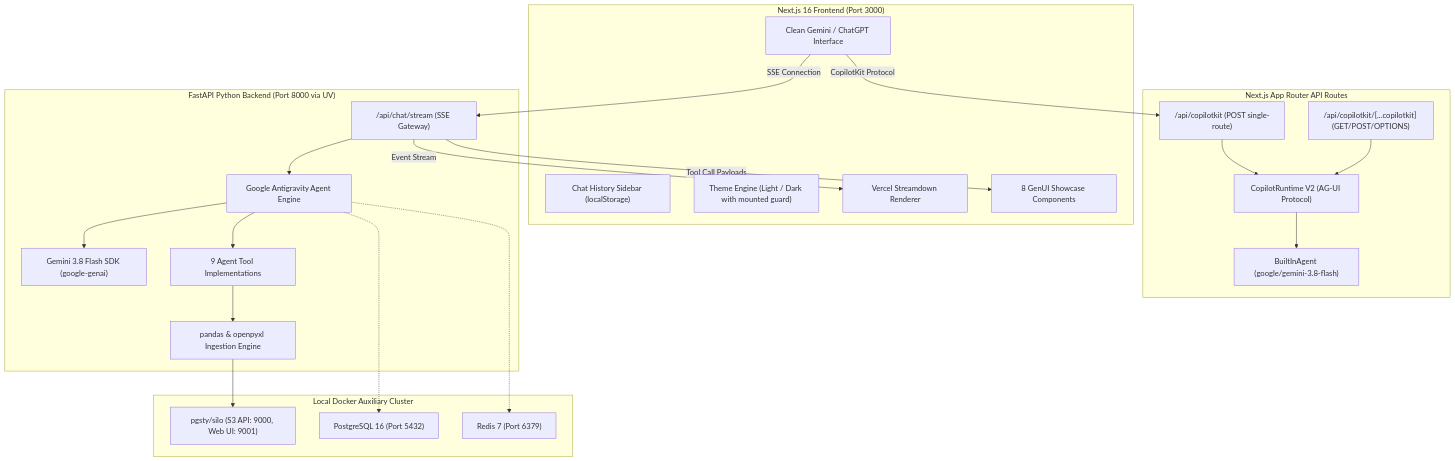
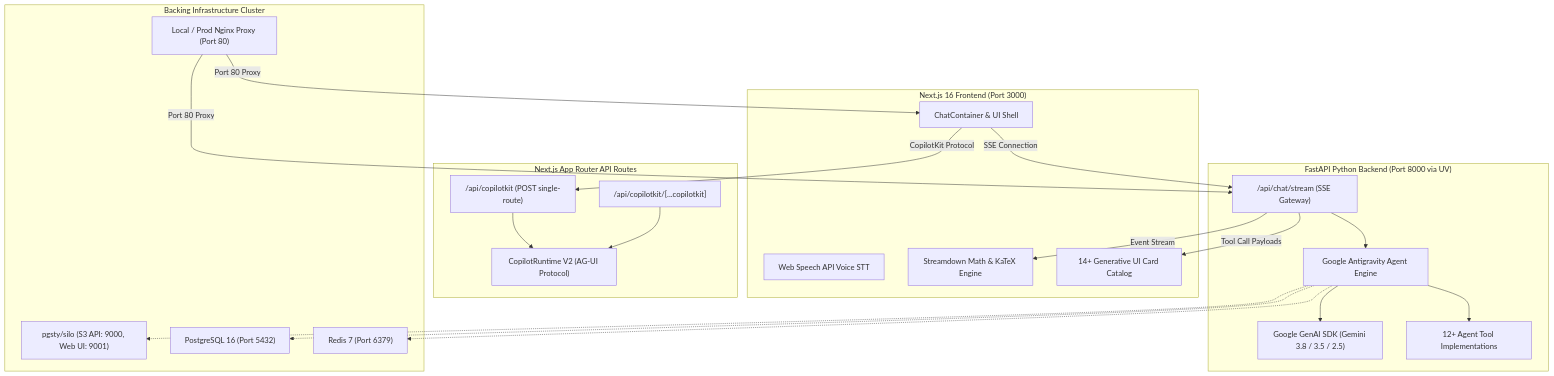
The diagram in ARCHITECTURE.md (rakibkhanofficial/Gen-ui-best-practice), drawn with Mermaid before and after one commit. The commit also changed other lines of this file and 20 other files, not shown here.

````diff
--- a/ARCHITECTURE.md
+++ b/ARCHITECTURE.md
@@ -33,47 +34,46 @@
 ```mermaid
 flowchart TB
     subgraph Client["Next.js 16 Frontend (Port 3000)"]
-        UI["Clean Gemini / ChatGPT Interface"]
-        Sidebar["Chat History Sidebar (localStorage)"]
-        Theme["Theme Engine (Light / Dark with mounted guard)"]
-        Streamdown["Vercel Streamdown Renderer"]
-        GenUIRegistry["8 GenUI Showcase Components"]
+        UI["ChatContainer & UI Shell"]
+        STT["Web Speech API Voice STT"]
+        Streamdown["Streamdown Math & KaTeX Engine"]
+        GenUIRegistry["14+ Generative UI Card Catalog"]
     end
 
     subgraph RuntimeLayer["Next.js App Router API Routes"]
         SingleRoute["/api/copilotkit (POST single-route)"]
-        CatchAllRoute["/api/copilotkit/[...copilotkit] (GET/POST/OPTIONS)"]
+        CatchAllRoute["/api/copilotkit/[...copilotkit]"]
         V2Runtime["CopilotRuntime V2 (AG-UI Protocol)"]
-        V2Agent["BuiltInAgent (google/gemini-3.8-flash)"]
     end
 
     subgraph BackendAgent["FastAPI Python Backend (Port 8000 via UV)"]
         FastAPIRouter["/api/chat/stream (SSE Gateway)"]
         AntigravityAgent["Google Antigravity Agent Engine"]
-        Gemini38Service["Gemini 3.8 Flash SDK (google-genai)"]
-        PandasEngine["pandas & openpyxl Ingestion Engine"]
-        ToolsRegistry["9 Agent Tool Implementations"]
+        GeminiService["Google GenAI SDK (Gemini 3.8 / 3.5 / 2.5)"]
+        ToolsRegistry["12+ Agent Tool Implementations"]
     end
 
-    subgraph DockerServices["Local Docker Auxiliary Cluster"]
+    subgraph DockerServices["Backing Infrastructure Cluster"]
         SiloS3["pgsty/silo (S3 API: 9000, Web UI: 9001)"]
         Postgres["PostgreSQL 16 (Port 5432)"]
         Redis["Redis 7 (Port 6379)"]
+        NginxProxy["Local / Prod Nginx Proxy (Port 80)"]
     end
 
     UI -->|SSE Connection| FastAPIRouter
     UI -->|CopilotKit Protocol| SingleRoute
     SingleRoute --> V2Runtime
     CatchAllRoute --> V2Runtime
-    V2Runtime --> V2Agent
 
     FastAPIRouter --> AntigravityAgent
-    AntigravityAgent --> Gemini38Service
+    AntigravityAgent --> GeminiService
     AntigravityAgent --> ToolsRegistry
-    ToolsRegistry --> PandasEngine
-    PandasEngine --> SiloS3
+
     FastAPIRouter -->|Event Stream| Streamdown
     FastAPIRouter -->|Tool Call Payloads| GenUIRegistry
     AntigravityAgent -.-> Postgres
     AntigravityAgent -.-> Redis
+    AntigravityAgent -.-> SiloS3
+    NginxProxy -->|Port 80 Proxy| UI
+    NginxProxy -->|Port 80 Proxy| FastAPIRouter
 ```
````
